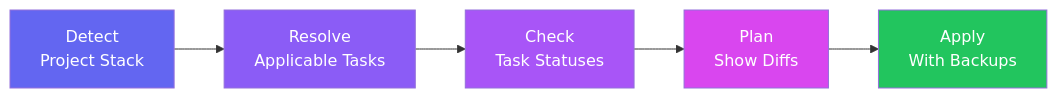
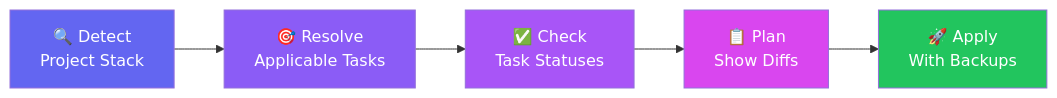
Before and after one commit to agustinusnathaniel/xtarterize: the diagram in apps/docs/src/content/docs/index.mdx, drawn with Mermaid. The commit also changed other lines of this file and 2 other files, not shown here.

````diff
--- a/apps/docs/src/content/docs/index.mdx
+++ b/apps/docs/src/content/docs/index.mdx
@@ -23,13 +89,13 @@
 ```mermaid
 flowchart LR
-    A["Detect<br/>Project Stack"] --> B["Resolve<br/>Applicable Tasks"]
-    B --> C["Check<br/>Task Statuses"]
-    C --> D["Plan<br/>Show Diffs"]
-    D --> E["Apply<br/>With Backups"]
+    A["🔍 Detect<br/>Project Stack"] --> B["🎯 Resolve<br/>Applicable Tasks"]
+    B --> C["✅ Check<br/>Task Statuses"]
+    C --> D["📋 Plan<br/>Show Diffs"]
+    D --> E["🚀 Apply<br/>With Backups"]
 
     style A fill:#6366f1,color:#fff
     style B fill:#8b5cf6,color:#fff
     style C fill:#a855f7,color:#fff
     style D fill:#d946ef,color:#fff
     style E fill:#22c55e,color:#fff
 ```
````
